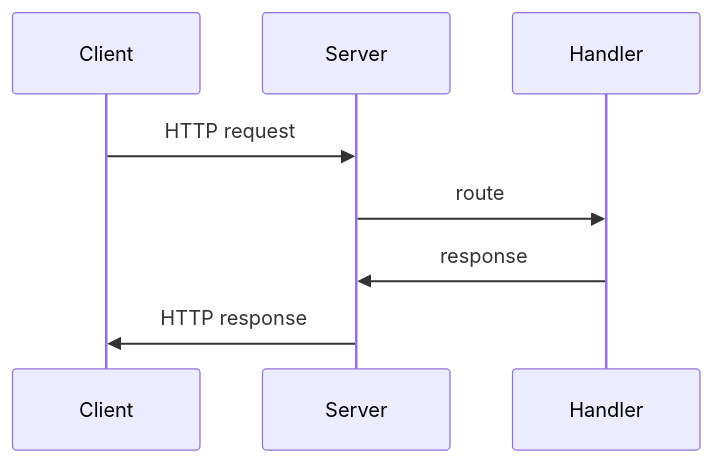
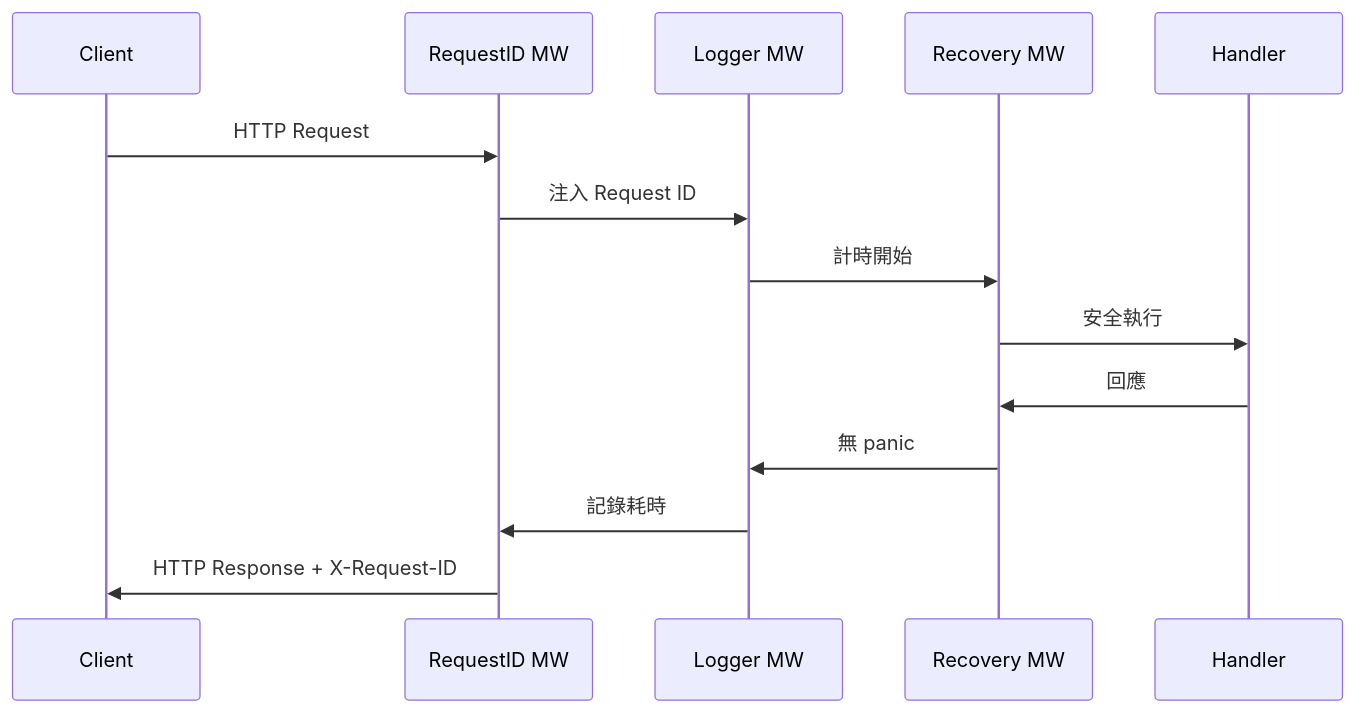
The first of 2 diagrams in chapters/05-practical-go.md (JasonChiu1984/golang-note), drawn with Mermaid before and after one commit. The commit also changed other lines of this file and 51 other files, not shown here.

Commit message:
feat: add Cornell notes, Visual diagrams, Mindmap, and Go 1.22 modernizations

````diff
--- a/chapters/05-practical-go.md
+++ b/chapters/05-practical-go.md
@@ -61,10 +206,17 @@
 ```mermaid
 sequenceDiagram
   participant C as Client
-  participant S as Server
+  participant RI as RequestID MW
+  participant L as Logger MW
+  participant R as Recovery MW
   participant H as Handler
-  C->>S: HTTP request
-  S->>H: route
-  H->>S: response
-  S->>C: HTTP response
+
+  C->>RI: HTTP Request
+  RI->>L: 注入 Request ID
+  L->>R: 計時開始
+  R->>H: 安全執行
+  H->>R: 回應
+  R->>L: 無 panic
+  L->>RI: 記錄耗時
+  RI->>C: HTTP Response + X-Request-ID
 ```
````
